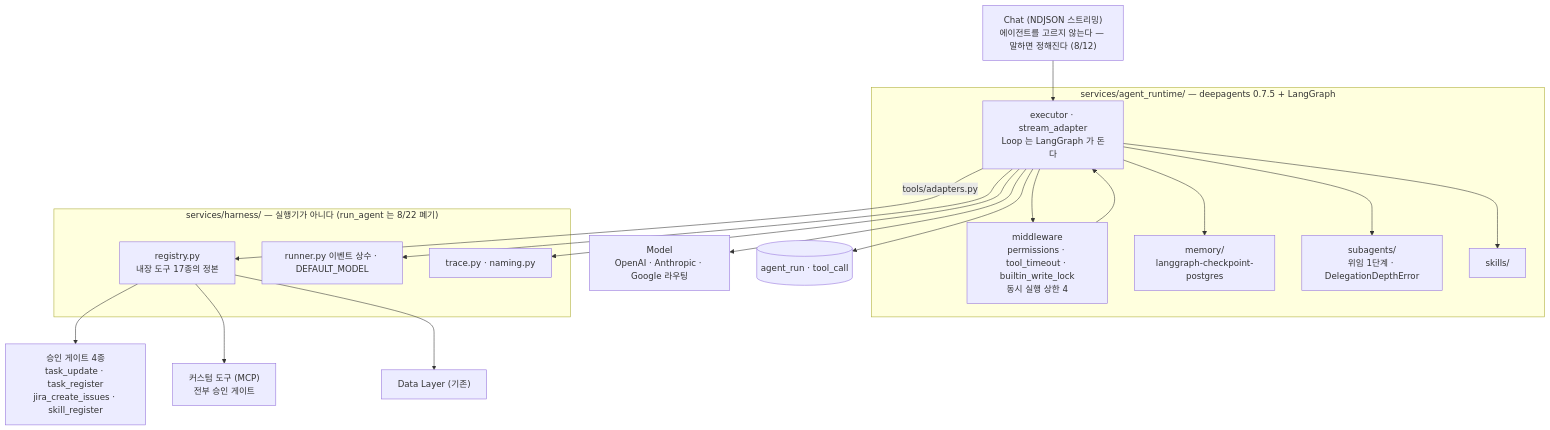
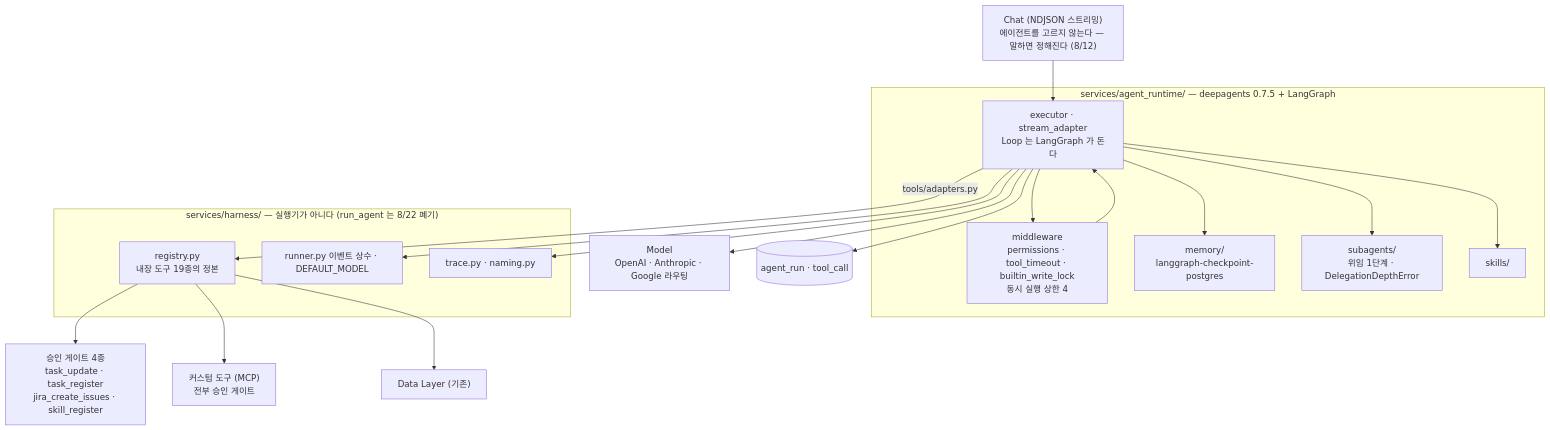
Before and after one commit to SKNETWORKS-FAMILY-AICAMP/SKN29-FINAL-2TEAM: the sixth of 8 diagrams in docs/설계 및 구현/3_중간발표 이후/설계/6_시각화.md, drawn with Mermaid. The commit also changed 10 other files, not shown here.

````diff
--- a/docs/설계 및 구현/3_중간발표 이후/설계/6_시각화.md
+++ b/docs/설계 및 구현/3_중간발표 이후/설계/6_시각화.md
@@ -126,32 +126,32 @@
 ```mermaid
 flowchart TD
     chat["Chat (NDJSON 스트리밍)<br/>에이전트를 고르지 않는다 — 말하면 정해진다 (8/12)"] --> exec
 
     subgraph rt["services/agent_runtime/ — deepagents 0.7.5 + LangGraph"]
         exec["executor · stream_adapter<br/>Loop 는 LangGraph 가 돈다"]
         mw["middleware<br/>permissions · tool_timeout · builtin_write_lock<br/>동시 실행 상한 4"]
         mem["memory/<br/>langgraph-checkpoint-postgres"]
         sub["subagents/<br/>위임 1단계 · DelegationDepthError"]
         skill["skills/"]
     end
 
     subgraph hn["services/harness/ — 실행기가 아니다 (run_agent 는 8/22 폐기)"]
-        reg["registry.py<br/>내장 도구 17종의 정본"]
+        reg["registry.py<br/>내장 도구 19종의 정본"]
         cst["runner.py 이벤트 상수 · DEFAULT_MODEL"]
         tr["trace.py · naming.py"]
     end
 
     exec --> mw --> exec
     exec --> mem
     exec --> sub
     exec --> skill
     exec -->|"tools/adapters.py"| reg
     exec --> cst
     exec --> tr
 
     reg --> gate["승인 게이트 4종<br/>task_update · task_register<br/>jira_create_issues · skill_register"]
     reg --> mcpc["커스텀 도구 (MCP)<br/>전부 승인 게이트"]
     reg --> data["Data Layer (기존)"]
     exec --> model["Model<br/>OpenAI · Anthropic · Google 라우팅"]
     exec --> log[("agent_run · tool_call")]
 ```
````
